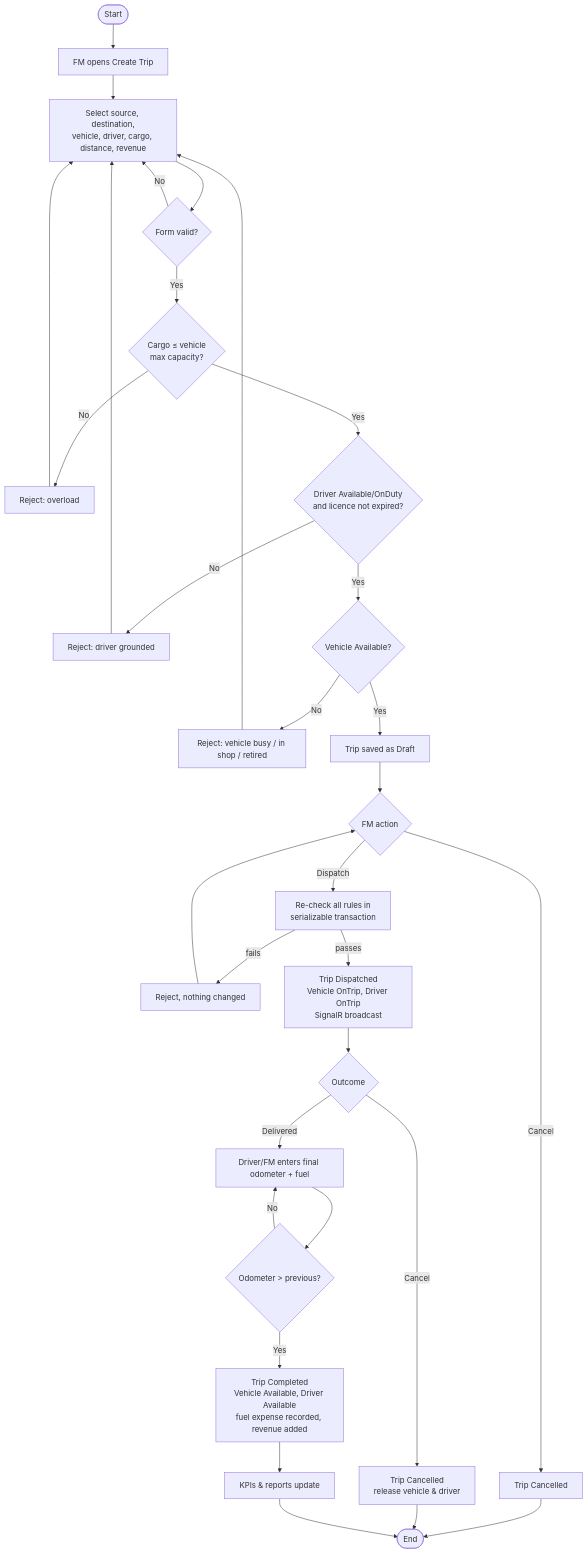
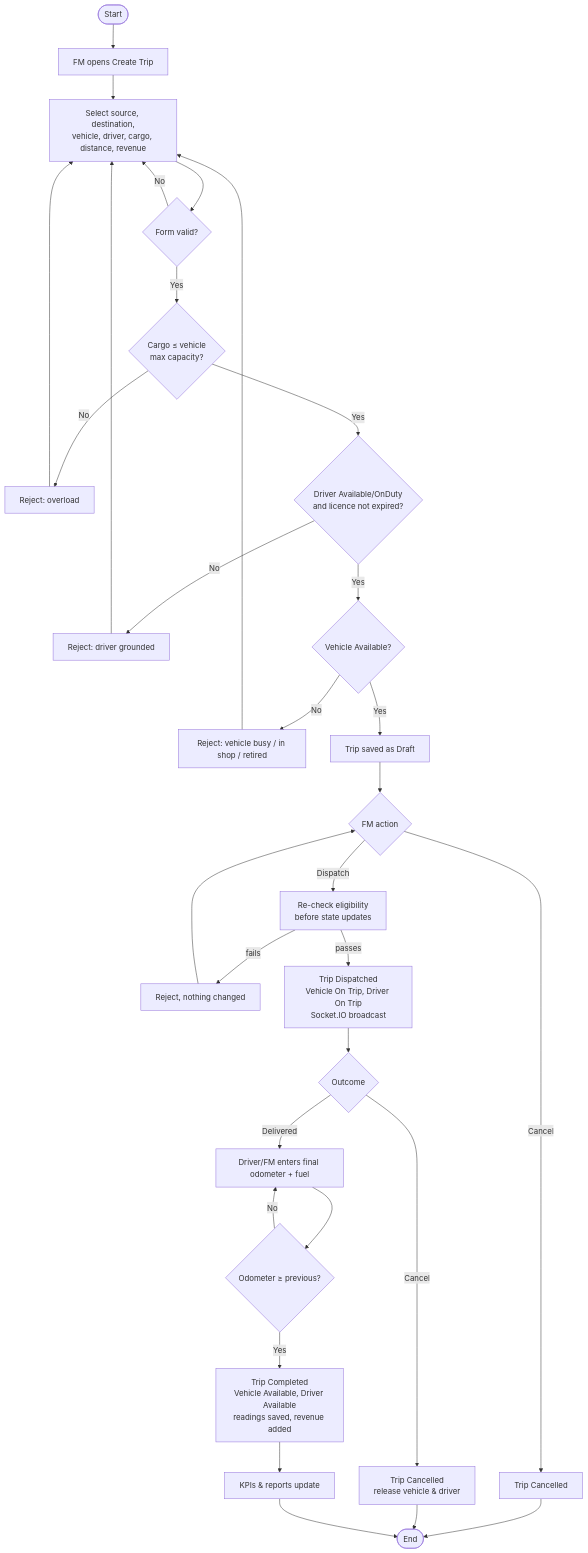
Before and after one commit to Bhavika-Giyanani/TransitOps: the first of 3 diagrams in docs/uml/07-activity-diagrams.md, drawn with Mermaid. The commit also changed other lines of this file and 48 other files, not shown here.

````diff
--- a/docs/uml/07-activity-diagrams.md
+++ b/docs/uml/07-activity-diagrams.md
@@ -5,26 +5,26 @@
 ```mermaid
 flowchart TD
     S([Start]) --> A[FM opens Create Trip]
     A --> B[Select source, destination,<br/>vehicle, driver, cargo, distance, revenue]
     B --> C{Form valid?}
     C -- No --> B
     C -- Yes --> D{Cargo ≤ vehicle<br/>max capacity?}
     D -- No --> X1[Reject: overload] --> B
     D -- Yes --> E{Driver Available/OnDuty<br/>and licence not expired?}
     E -- No --> X2[Reject: driver grounded] --> B
     E -- Yes --> F{Vehicle Available?}
     F -- No --> X3[Reject: vehicle busy / in shop / retired] --> B
     F -- Yes --> G[Trip saved as Draft]
     G --> H{FM action}
     H -- Cancel --> Z1[Trip Cancelled] --> E1([End])
-    H -- Dispatch --> I[Re-check all rules in<br/>serializable transaction]
+    H -- Dispatch --> I[Re-check eligibility<br/>before state updates]
     I -- fails --> X4[Reject, nothing changed] --> H
-    I -- passes --> J[Trip Dispatched<br/>Vehicle OnTrip, Driver OnTrip<br/>SignalR broadcast]
+    I -- passes --> J[Trip Dispatched<br/>Vehicle On Trip, Driver On Trip<br/>Socket.IO broadcast]
     J --> K{Outcome}
     K -- Cancel --> L[Trip Cancelled<br/>release vehicle & driver] --> E1
     K -- Delivered --> M[Driver/FM enters final odometer + fuel]
-    M --> N{Odometer > previous?}
+    M --> N{Odometer ≥ previous?}
     N -- No --> M
-    N -- Yes --> O[Trip Completed<br/>Vehicle Available, Driver Available<br/>fuel expense recorded, revenue added]
+    N -- Yes --> O[Trip Completed<br/>Vehicle Available, Driver Available<br/>readings saved, revenue added]
     O --> P[KPIs & reports update] --> E1
 ```
````
